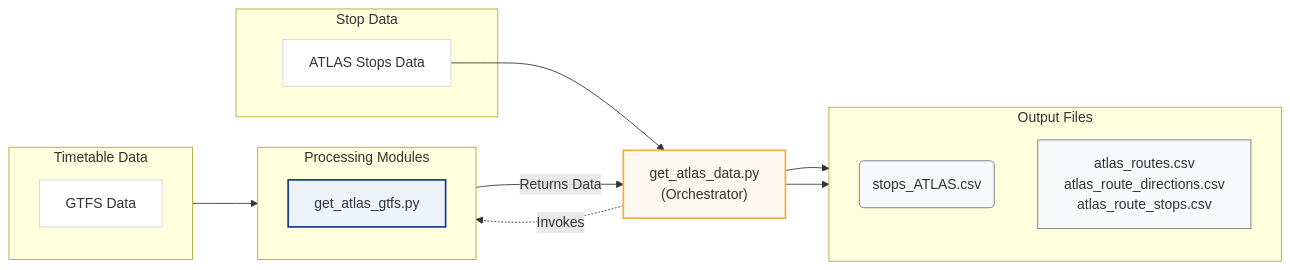
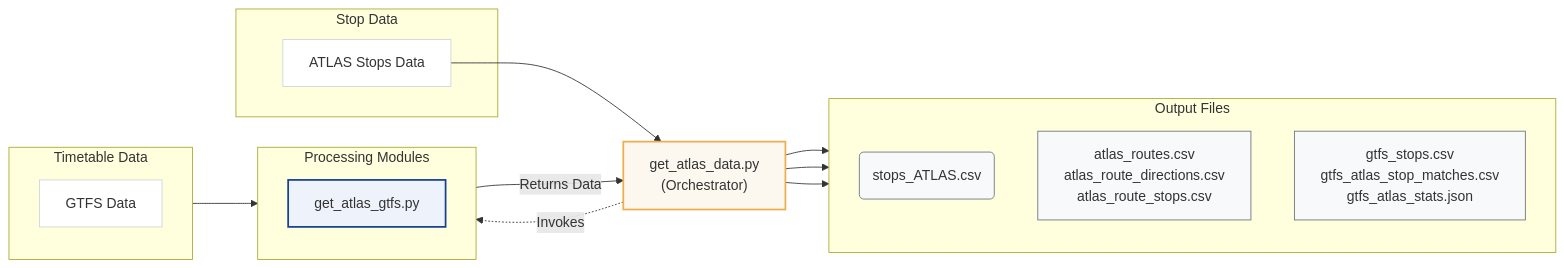
Before and after one commit to openTdataCH/stop_sync_osm_atlas: the first of 2 diagrams in documentation/1. Download and process data.md, drawn with Mermaid. The commit also changed other lines of this file and 4 other files, not shown here.

Commit message:
docs: update documentation to include new GTFS output files and way ingestion policy refactor: remove unused trip_count from atlas_route_directions.csv output tests: remove trip_count validation from direction columns in integration tests

````diff
--- a/documentation/1. Download and process data.md
+++ b/documentation/1. Download and process data.md
@@ -9,35 +9,37 @@
 ```mermaid
 flowchart LR
     classDef plain fill:#fff,stroke:#ced4da,stroke-width:1px;
     classDef script fill:#eef3fb,stroke:#174092,stroke-width:2px;
     classDef orch fill:#fdf8ef,stroke:#F0AD4E,stroke-width:2px;
     classDef file fill:#f8f9fa,stroke:#6c757d,stroke-width:1px;
 
     subgraph StopSrc ["Stop Data"]
         AT[ATLAS Stops Data]:::plain
     end
 
     subgraph TimeSrc ["Timetable Data"]
         direction TB
         GT[GTFS Data]:::plain
     end
 
     SA["get_atlas_data.py\n(Orchestrator)"]:::orch
 
     subgraph Modules ["Processing Modules"]
         direction TB
         SG[get_atlas_gtfs.py]:::script
     end
 
     subgraph Outputs ["Output Files"]
         direction TB
         PA(stops_ATLAS.csv):::file
         PR["atlas_routes.csv<br/>atlas_route_directions.csv<br/>atlas_route_stops.csv"]:::file
+        PG["gtfs_stops.csv<br/>gtfs_atlas_stop_matches.csv<br/>gtfs_atlas_stats.json"]:::file
     end
 
     AT --> SA --> PA
     GT --> SG
     SA -.->|Invokes| SG
     SG -->|Returns Data| SA
     SA --> PR
+    SA --> PG
 ```
````
